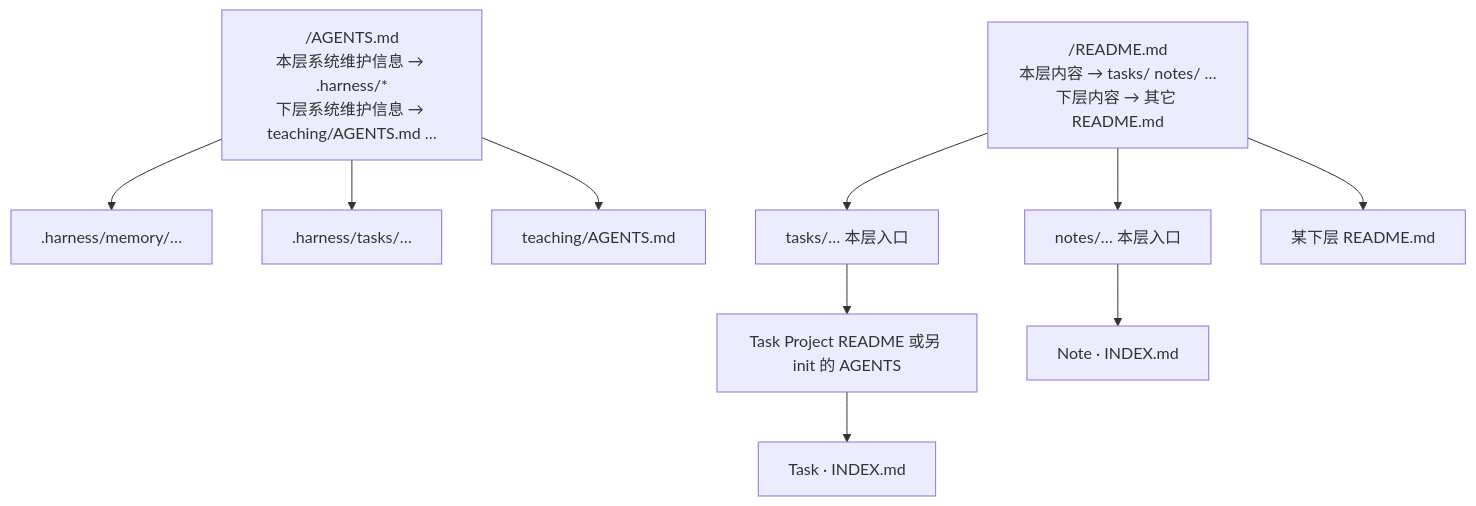
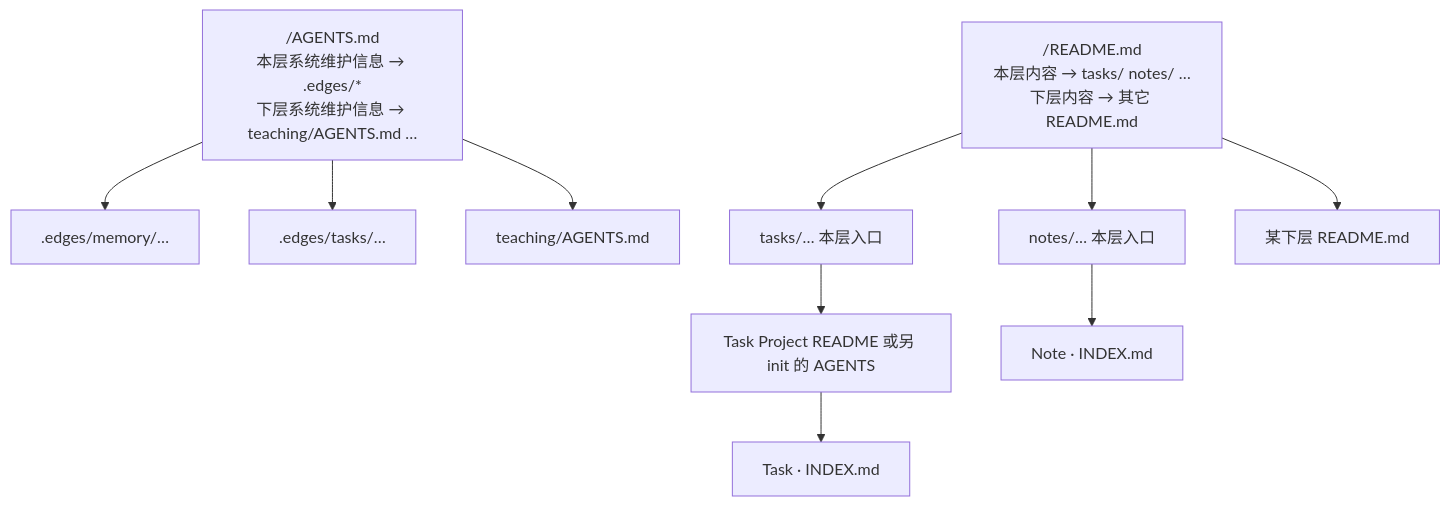
Before and after one commit to VirusPC/edges: the fifth of 5 diagrams in docs/superpowers/specs/2026-10-06-recursive-system-two-entries-design.md, drawn with Mermaid. The commit also changed other lines of this file and 897 other files, not shown here.

First line of the commit message:
feat: 材料目录从 .harness 更名为 .edges (#67)

````diff
--- a/docs/superpowers/specs/2026-10-06-recursive-system-two-entries-design.md
+++ b/docs/superpowers/specs/2026-10-06-recursive-system-two-entries-design.md
@@ -162,17 +162,17 @@
 ```mermaid
 flowchart TB
-  RootAgents["/AGENTS.md<br/>本层系统维护信息 → .harness/*<br/>下层系统维护信息 → teaching/AGENTS.md …"]
+  RootAgents["/AGENTS.md<br/>本层系统维护信息 → .edges/*<br/>下层系统维护信息 → teaching/AGENTS.md …"]
   RootReadme["/README.md<br/>本层内容 → tasks/ notes/ …<br/>下层内容 → 其它 README.md"]
 
-  RootAgents --> HMem[".harness/memory/…"]
-  RootAgents --> HTasks[".harness/tasks/…"]
+  RootAgents --> HMem[".edges/memory/…"]
+  RootAgents --> HTasks[".edges/tasks/…"]
   RootAgents --> Teaching["teaching/AGENTS.md"]
 
   RootReadme --> DomainTasks["tasks/… 本层入口"]
   RootReadme --> Notes["notes/… 本层入口"]
   RootReadme --> NestedR["某下层 README.md"]
 
   DomainTasks --> TP["Task Project README 或另 init 的 AGENTS"]
   TP --> TaskLeaf["Task · INDEX.md"]
   Notes --> NoteLeaf["Note · INDEX.md"]
 ```
````
